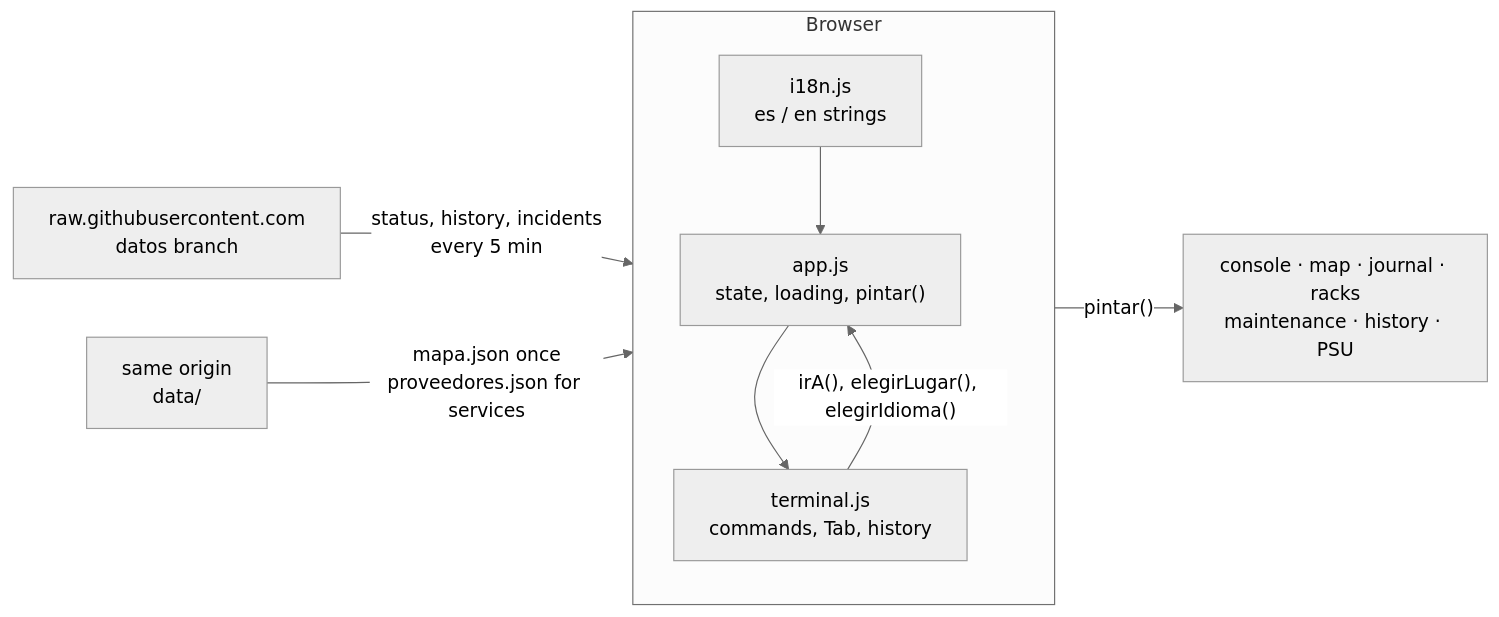
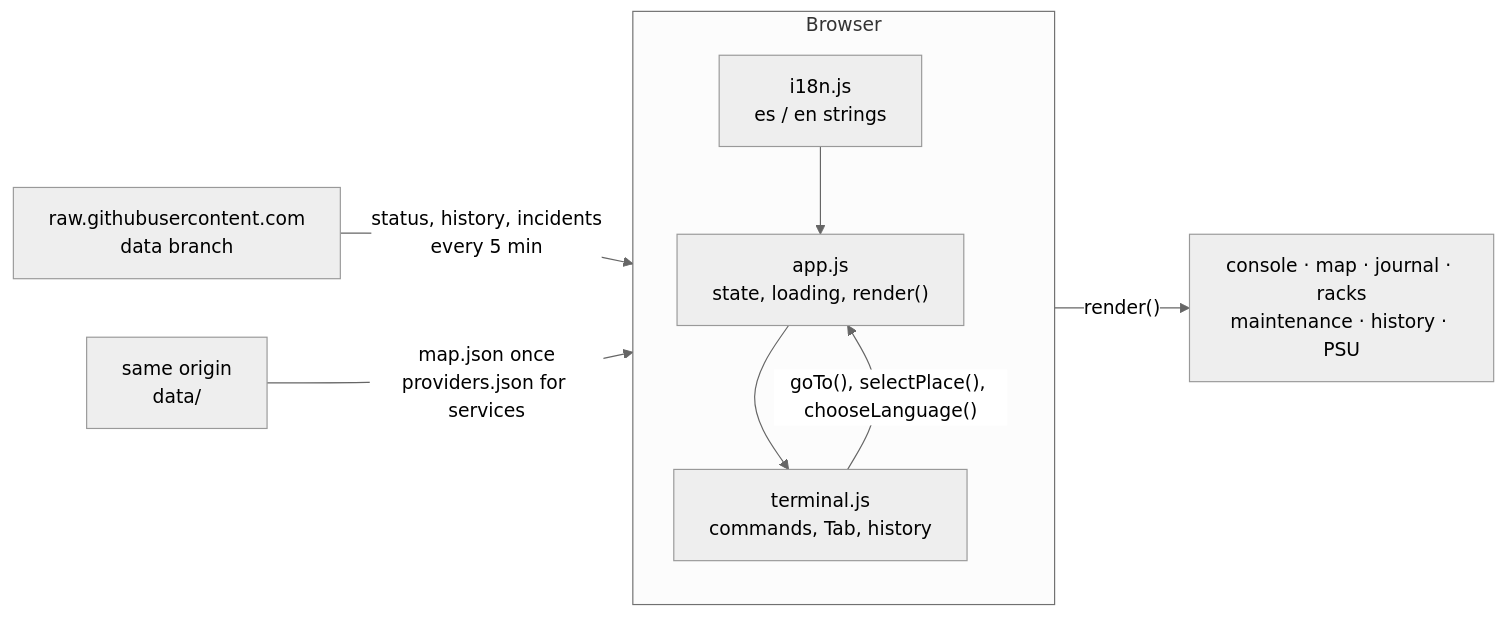
One commit to serbenda/uptime changed the fourth of 6 diagrams in README.md. Above: the diagram before and after it, drawn with Mermaid (neutral theme). The commit also changed other lines of this file and 44 other files, not shown here.

First line of the commit message:
Translate all the code to English and rename the datos branch to data

````diff
--- a/README.md
+++ b/README.md
@@ -640,14 +640,14 @@
 ```mermaid
 flowchart LR
   subgraph Browser
     direction TB
     I18n["i18n.js<br/>es / en strings"]
-    App["app.js<br/>state, loading, pintar()"]
+    App["app.js<br/>state, loading, render()"]
     Term["terminal.js<br/>commands, Tab, history"]
     I18n --> App --> Term
   end
-  Raw["raw.githubusercontent.com<br/>datos branch"] -- "status, history, incidents<br/>every 5 min" --> App
-  Local["same origin<br/>data/"] -- "mapa.json once<br/>proveedores.json for services" --> App
-  App -- "pintar()" --> DOM["console · map · journal · racks<br/>maintenance · history · PSU"]
-  Term -- "irA(), elegirLugar(), elegirIdioma()" --> App
+  Raw["raw.githubusercontent.com<br/>data branch"] -- "status, history, incidents<br/>every 5 min" --> App
+  Local["same origin<br/>data/"] -- "map.json once<br/>providers.json for services" --> App
+  App -- "render()" --> DOM["console · map · journal · racks<br/>maintenance · history · PSU"]
+  Term -- "goTo(), selectPlace(), chooseLanguage()" --> App
 ```
````
